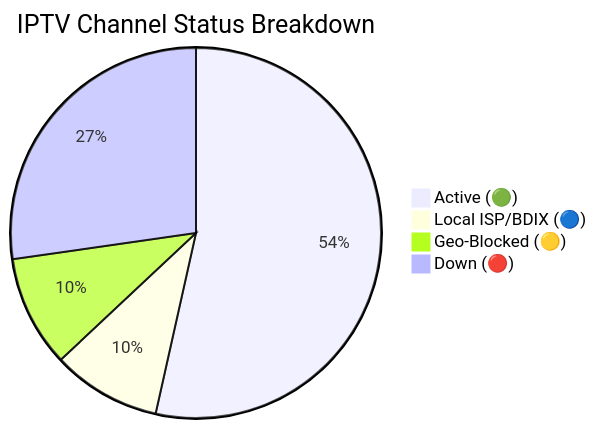
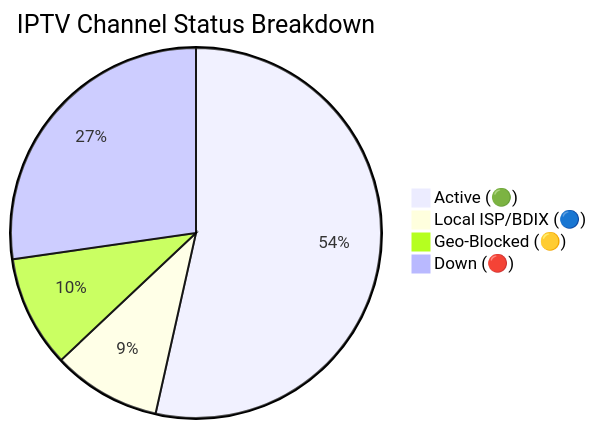
Before and after one commit to f6388600-ai/Web: the diagram in README.md, drawn with Mermaid. The commit also changed other lines of this file and 6 other files, not shown here.

````diff
--- a/README.md
+++ b/README.md
@@ -149,7 +149,7 @@
 ```mermaid
 pie title IPTV Channel Status Breakdown
-    "Active (🟢)" : 9116
-    "Local ISP/BDIX (🔵)" : 1621
-    "Geo-Blocked (🟡)" : 1657
-    "Down (🔴)" : 4645
+    "Active (🟢)" : 9172
+    "Local ISP/BDIX (🔵)" : 1623
+    "Geo-Blocked (🟡)" : 1672
+    "Down (🔴)" : 4675
 ```
````
